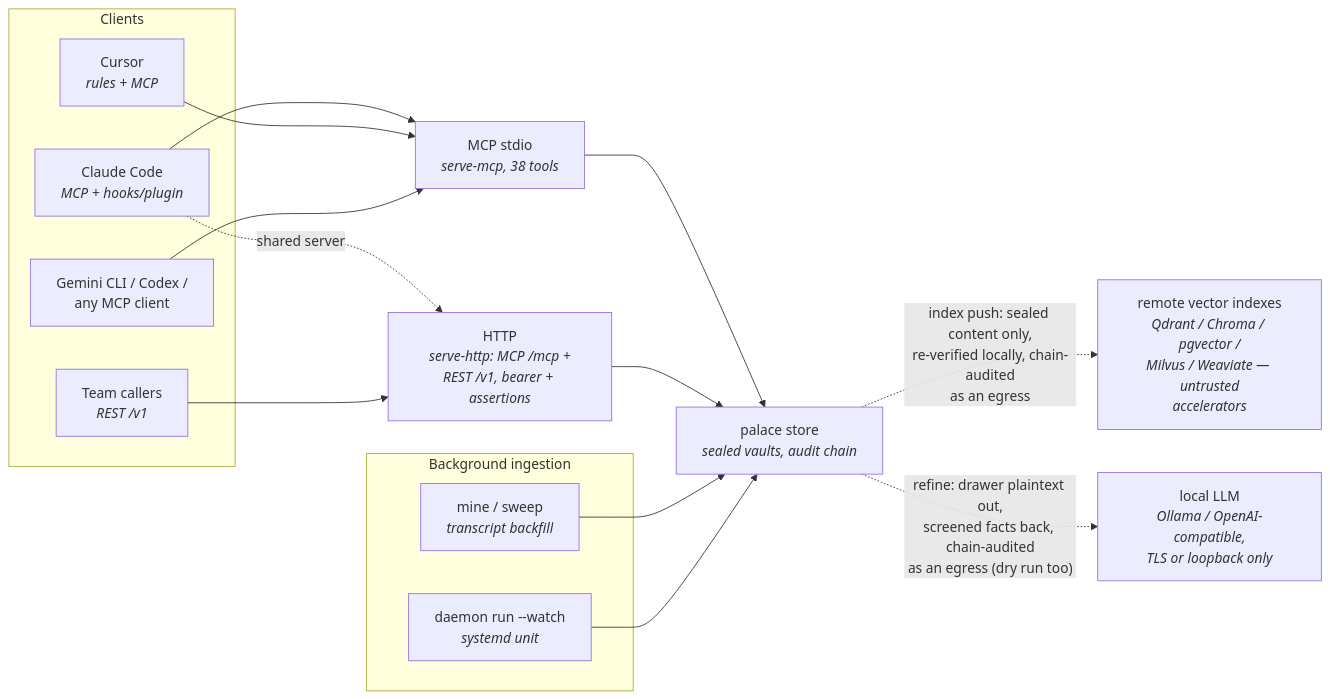
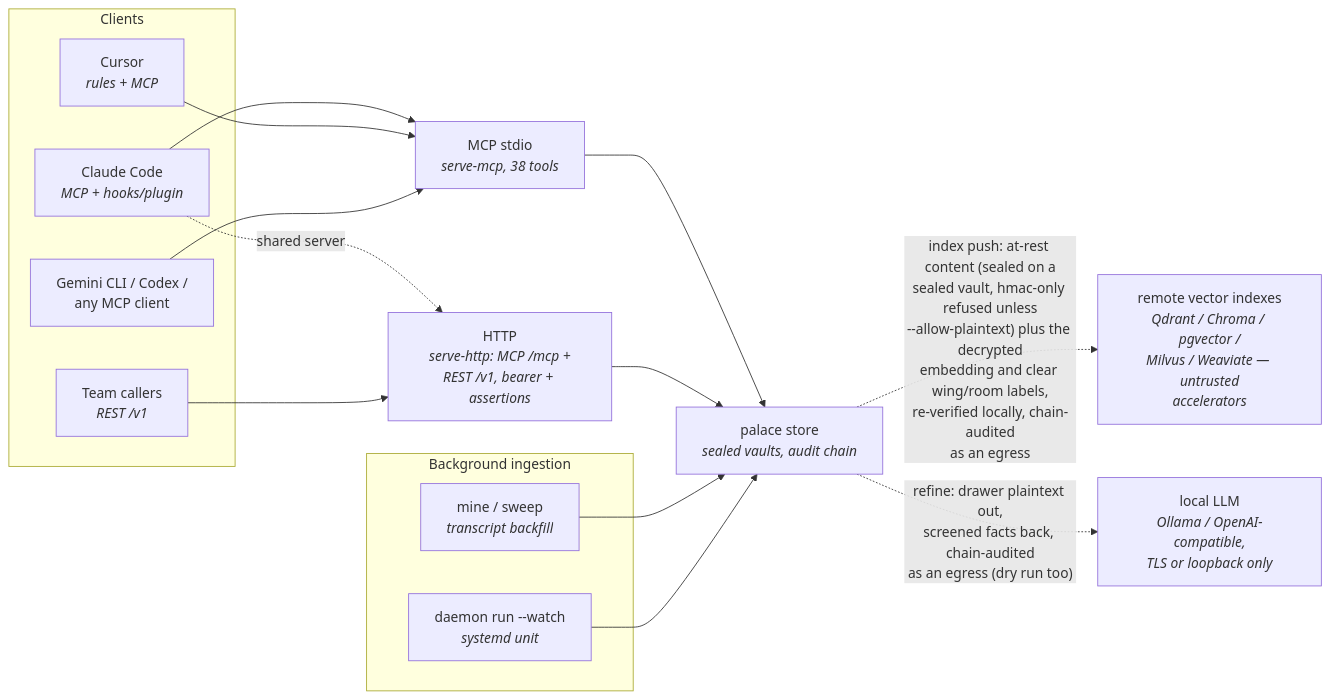
The diagram in docs/diagrams/src/integrations-surfaces.mmd (sealcroft/undercroft), drawn with Mermaid before and after one commit. The commit also changed 93 other files, not shown here.

```diff
--- a/docs/diagrams/src/integrations-surfaces.mmd
+++ b/docs/diagrams/src/integrations-surfaces.mmd
@@ -1,22 +1,22 @@
 flowchart LR
     subgraph clients["Clients"]
         cc["Claude Code<br/><i>MCP + hooks/plugin</i>"]
         cur["Cursor<br/><i>rules + MCP</i>"]
         gem["Gemini CLI / Codex /<br/>any MCP client"]
         team["Team callers<br/><i>REST /v1</i>"]
     end
     subgraph ingest["Background ingestion"]
         mine["mine / sweep<br/><i>transcript backfill</i>"]
         daemon["daemon run --watch<br/><i>systemd unit</i>"]
     end
     cc --> mcp["MCP stdio<br/><i>serve-mcp, 38 tools</i>"]
     cur --> mcp
     gem --> mcp
     cc -. "shared server" .-> http["HTTP<br/><i>serve-http: MCP /mcp +<br/>REST /v1, bearer + assertions</i>"]
     team --> http
     mcp --> store["palace store<br/><i>sealed vaults, audit chain</i>"]
     http --> store
     mine --> store
     daemon --> store
-    store -. "index push: sealed content only,<br/>re-verified locally, chain-audited<br/>as an egress" .-> remote["remote vector indexes<br/><i>Qdrant / Chroma / pgvector /<br/>Milvus / Weaviate — untrusted<br/>accelerators</i>"]
+    store -. "index push: at-rest content (sealed on a<br/>sealed vault, hmac-only refused unless<br/>--allow-plaintext) plus the decrypted<br/>embedding and clear wing/room labels,<br/>re-verified locally, chain-audited<br/>as an egress" .-> remote["remote vector indexes<br/><i>Qdrant / Chroma / pgvector /<br/>Milvus / Weaviate — untrusted<br/>accelerators</i>"]
     store -. "refine: drawer plaintext out,<br/>screened facts back, chain-audited<br/>as an egress (dry run too)" .-> llmx["local LLM<br/><i>Ollama / OpenAI-compatible,<br/>TLS or loopback only</i>"]
```
